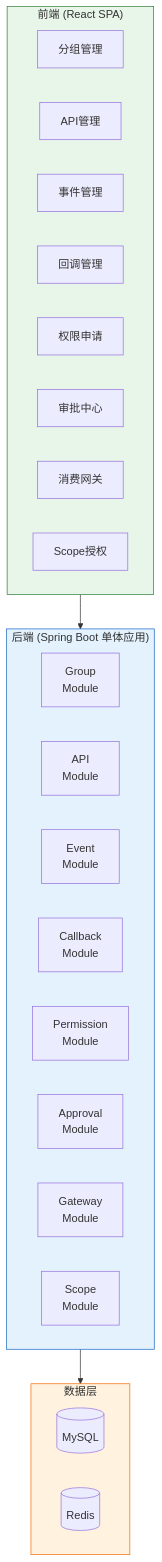
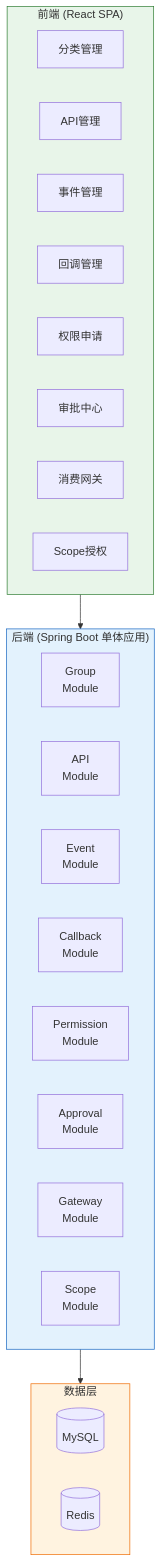
One commit to THZSummer/open-app changed the third of 5 diagrams in .sddu/specs-tree-root/specs-tree-capability-open-platform/plan.md. Above: the diagram before and after it, drawn with Mermaid. The commit also changed other lines of this file, not shown here.

````diff
--- a/.sddu/specs-tree-root/specs-tree-capability-open-platform/plan.md
+++ b/.sddu/specs-tree-root/specs-tree-capability-open-platform/plan.md
@@ -155,36 +155,36 @@
 ```mermaid
 graph TB
     subgraph Frontend["前端 (React SPA)"]
-        P1["分组管理"]
+        P1["分类管理"]
         P2["API管理"]
         P3["事件管理"]
         P4["回调管理"]
         P5["权限申请"]
         P6["审批中心"]
         P7["消费网关"]
         P8["Scope授权"]
     end
     
     subgraph Backend["后端 (Spring Boot 单体应用)"]
         M1["Group\nModule"]
         M2["API\nModule"]
         M3["Event\nModule"]
         M4["Callback\nModule"]
         M5["Permission\nModule"]
         M6["Approval\nModule"]
         M7["Gateway\nModule"]
         M8["Scope\nModule"]
     end
     
     subgraph DataLayer["数据层"]
         MySQL[(MySQL)]
         Redis[(Redis)]
     end
     
     Frontend --> Backend
     Backend --> DataLayer
     
     style Frontend fill:#e8f5e9,stroke:#2e7d32
     style Backend fill:#e3f2fd,stroke:#1565c0
     style DataLayer fill:#fff3e0,stroke:#ef6c00
 ```
````
